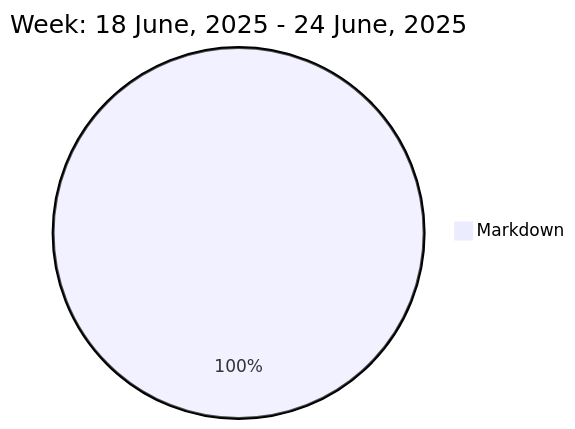
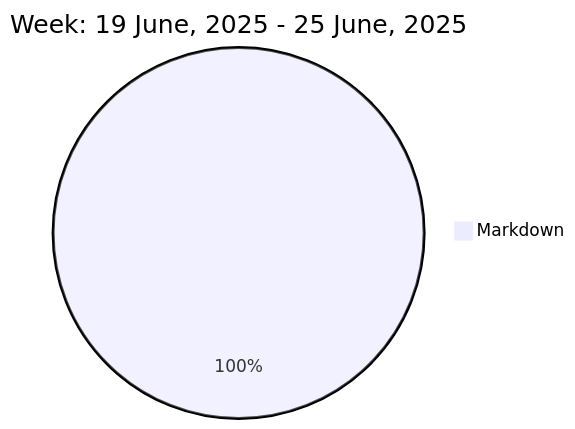
Before and after one commit to liubin95/liubin95: the diagram in README.md, drawn with Mermaid.

Commit message:
Updated the Graph with new Metrics

````diff
--- a/README.md
+++ b/README.md
@@ -37,5 +37,5 @@
 ```mermaid
  pie
-title Week: 18 June, 2025 - 24 June, 2025
- "Markdown" : 3.05
+title Week: 19 June, 2025 - 25 June, 2025
+ "Markdown" : 3.68
 ```
````
